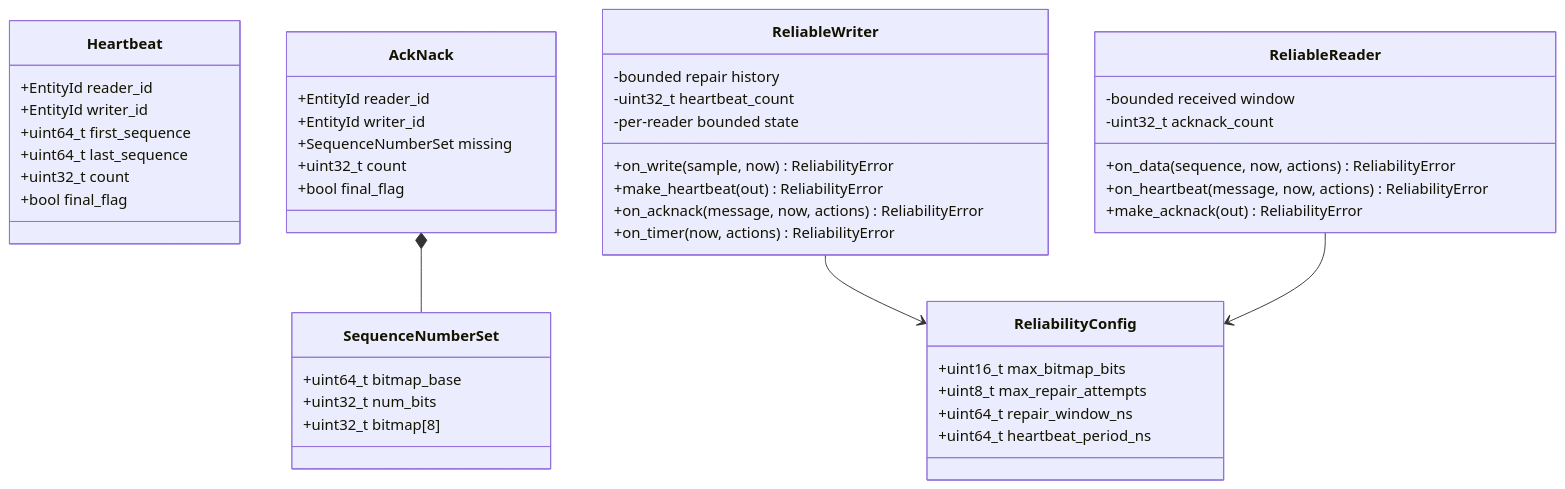
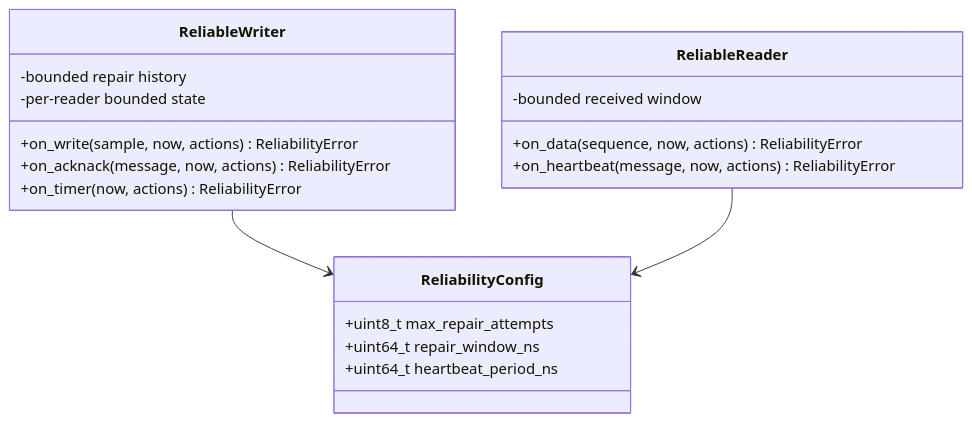
One commit to indrakanti/openRTDDS changed the third of 4 diagrams in docs/design/reliability/detailed-design.md. Above: the diagram before and after it, drawn with Mermaid. The commit also changed other lines of this file and 13 other files, not shown here.

````diff
--- a/docs/design/reliability/detailed-design.md
+++ b/docs/design/reliability/detailed-design.md
@@ -17,48 +243,22 @@
 ```mermaid
 classDiagram
     class ReliabilityConfig {
-      +uint16_t max_bitmap_bits
       +uint8_t max_repair_attempts
       +uint64_t repair_window_ns
       +uint64_t heartbeat_period_ns
     }
-    class SequenceNumberSet {
-      +uint64_t bitmap_base
-      +uint32_t num_bits
-      +uint32_t bitmap[8]
-    }
-    class Heartbeat {
-      +EntityId reader_id
-      +EntityId writer_id
-      +uint64_t first_sequence
-      +uint64_t last_sequence
-      +uint32_t count
-      +bool final_flag
-    }
-    class AckNack {
-      +EntityId reader_id
-      +EntityId writer_id
-      +SequenceNumberSet missing
-      +uint32_t count
-      +bool final_flag
-    }
     class ReliableWriter {
       -bounded repair history
-      -uint32_t heartbeat_count
       -per-reader bounded state
-      +on_write(sample, now) ReliabilityError
-      +make_heartbeat(out) ReliabilityError
+      +on_write(sample, now, actions) ReliabilityError
       +on_acknack(message, now, actions) ReliabilityError
       +on_timer(now, actions) ReliabilityError
     }
     class ReliableReader {
       -bounded received window
-      -uint32_t acknack_count
       +on_data(sequence, now, actions) ReliabilityError
       +on_heartbeat(message, now, actions) ReliabilityError
-      +make_acknack(out) ReliabilityError
     }
     ReliableWriter --> ReliabilityConfig
     ReliableReader --> ReliabilityConfig
-    AckNack *-- SequenceNumberSet
 ```
````
